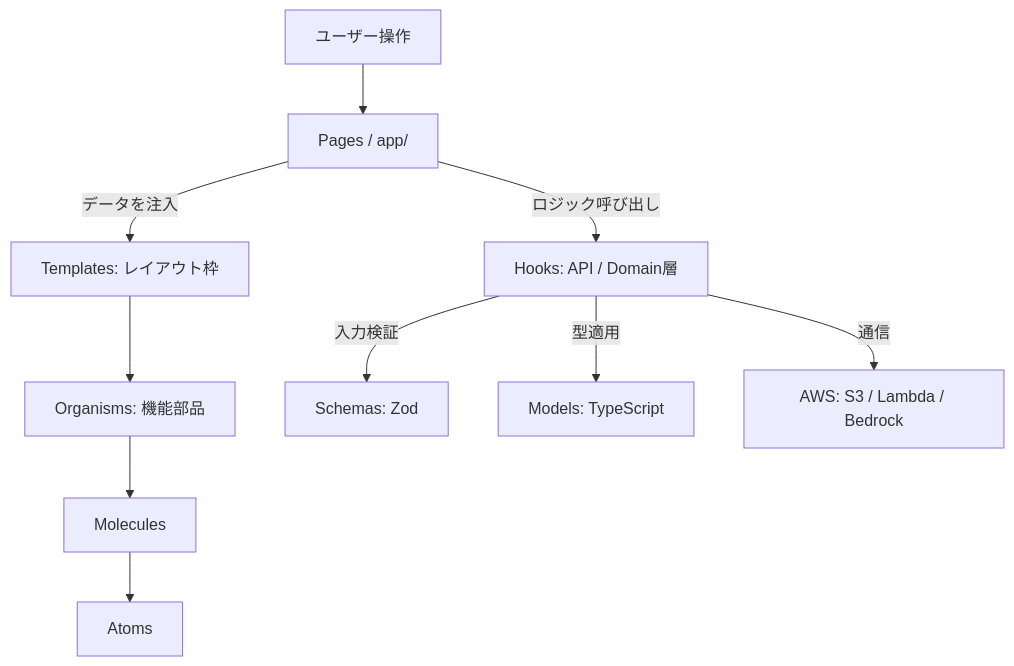
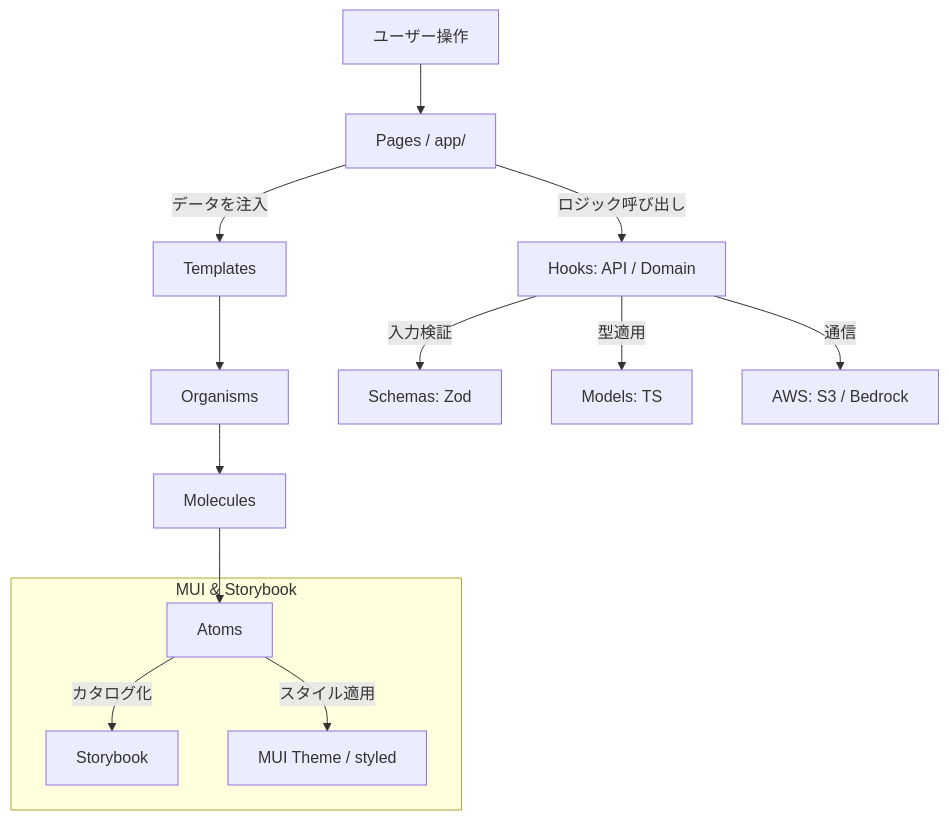
The diagram in 詳細設計書.md (yonegen0/kakeibo_app), drawn with Mermaid before and after one commit. The commit also changed other lines of this file and 1 other file, not shown here.

````diff
--- a/詳細設計書.md
+++ b/詳細設計書.md
@@ -102,14 +91,19 @@
 ```mermaid
 graph TD
     UserAction[ユーザー操作] --> Page[Pages / app/]
     
-    Page -->|データを注入| Template[Templates: レイアウト枠]
-    Template --> Organism[Organisms: 機能部品]
+    Page -->|データを注入| Template[Templates]
+    Template --> Organism[Organisms]
     Organism --> Molecule[Molecules]
     Molecule --> Atom[Atoms]
 
-    Page -->|ロジック呼び出し| Hook[Hooks: API / Domain層]
+    subgraph UI_Framework [MUI & Storybook]
+        Atom -->|カタログ化| Story[Storybook]
+        Atom -->|スタイル適用| MUI[MUI Theme / styled]
+    end
+
+    Page -->|ロジック呼び出し| Hook[Hooks: API / Domain]
     Hook -->|入力検証| Schema[Schemas: Zod]
-    Hook -->|型適用| Model[Models: TypeScript]
-    Hook -->|通信| Backend[AWS: S3 / Lambda / Bedrock]
+    Hook -->|型適用| Model[Models: TS]
+    Hook -->|通信| Backend[AWS: S3 / Bedrock]
 ```
````
